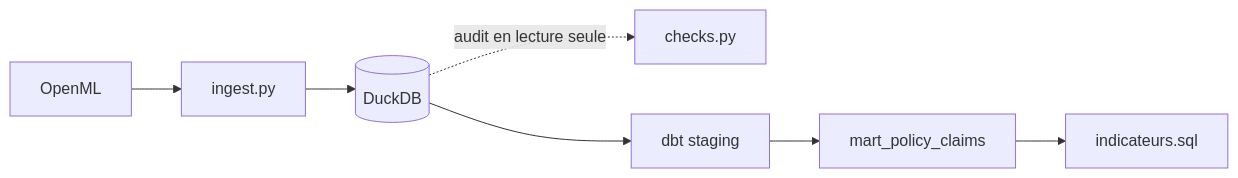
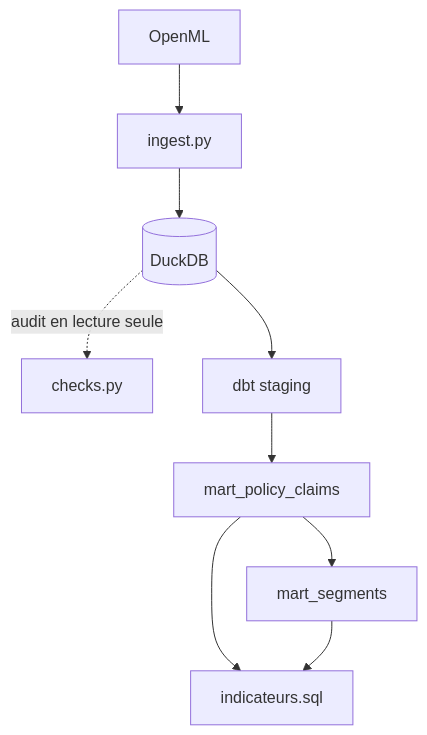
One commit to souhail-elfahi/fremtpl2-insurance changed the diagram in README.md. Above: the diagram before and after it, drawn with Mermaid. The commit also changed other lines of this file and 7 other files, not shown here.

````diff
--- a/README.md
+++ b/README.md
@@ -62,9 +57,11 @@
 ```mermaid
-flowchart LR
+flowchart TD
     A[OpenML] --> B[ingest.py]
     B --> C[(DuckDB)]
     C -. audit en lecture seule .-> D[checks.py]
     C --> E[dbt staging]
     E --> F[mart_policy_claims]
+    F --> H[mart_segments]
     F --> G[indicateurs.sql]
+    H --> G
 ```
````
